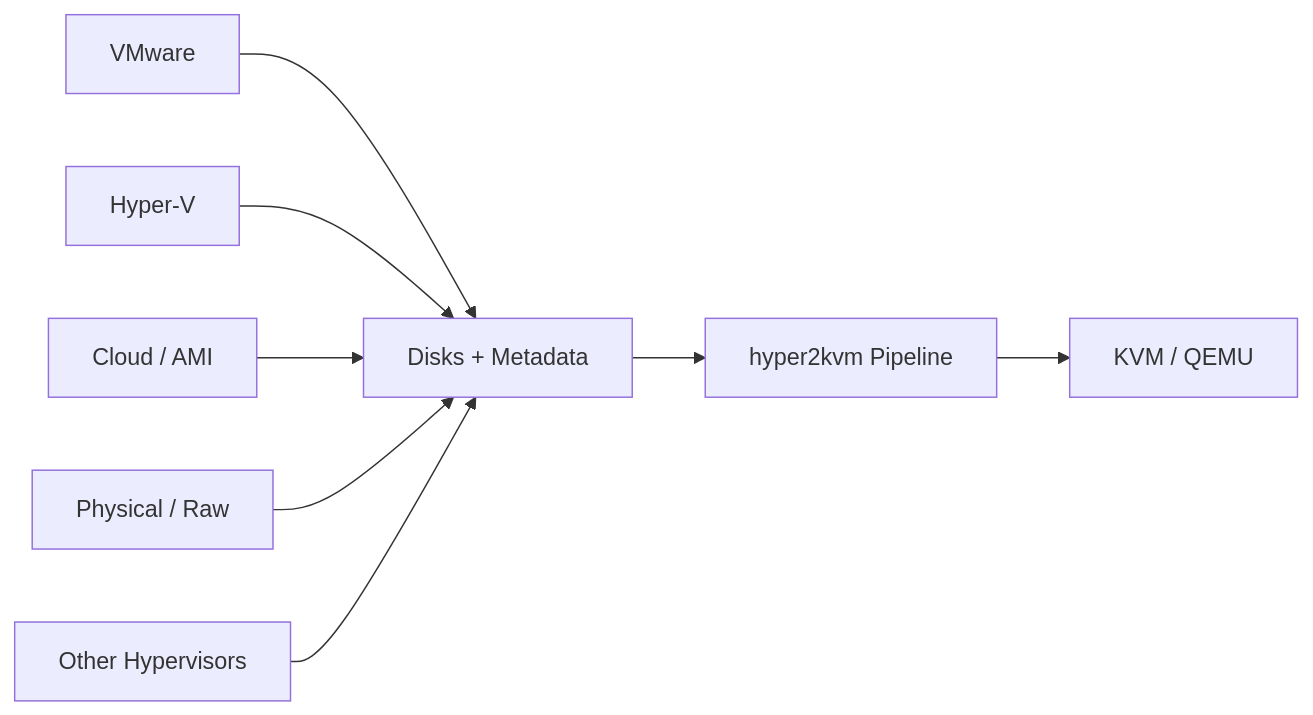
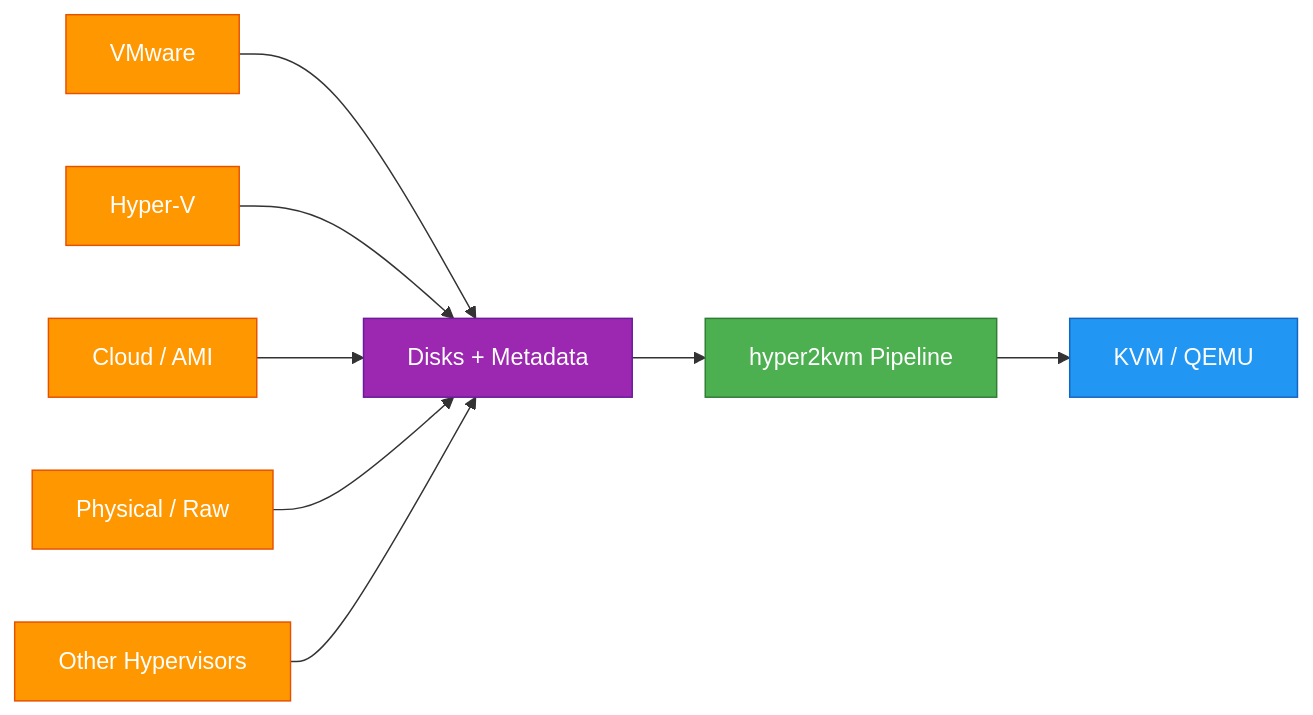
One commit to ssahani/hyper2kvm changed the first of 2 diagrams in README.md. Above: the diagram before and after it, drawn with Mermaid. The commit also changed other lines of this file and 2 other files, not shown here.

First line of the commit message:
docs: Fix and colorize Mermaid diagrams in README and architecture docs

`````diff
--- a/README.md
+++ b/README.md
@@ -625,17 +625,26 @@
 ```mermaid
 flowchart LR
   HV1[VMware]
   HV2[Hyper-V]
   HV3[Cloud / AMI]
   HV4[Physical / Raw]
   HV5[Other Hypervisors]
 
   HV1 --> D[Disks + Metadata]
   HV2 --> D
   HV3 --> D
   HV4 --> D
   HV5 --> D
 
   D --> P[hyper2kvm Pipeline]
   P --> K[KVM / QEMU]
-````
+
+  style HV1 fill:#FF9800,stroke:#E65100,color:#fff
+  style HV2 fill:#FF9800,stroke:#E65100,color:#fff
+  style HV3 fill:#FF9800,stroke:#E65100,color:#fff
+  style HV4 fill:#FF9800,stroke:#E65100,color:#fff
+  style HV5 fill:#FF9800,stroke:#E65100,color:#fff
+  style D fill:#9C27B0,stroke:#6A1B9A,color:#fff
+  style P fill:#4CAF50,stroke:#2E7D32,color:#fff
+  style K fill:#2196F3,stroke:#1565C0,color:#fff
+```
`````
